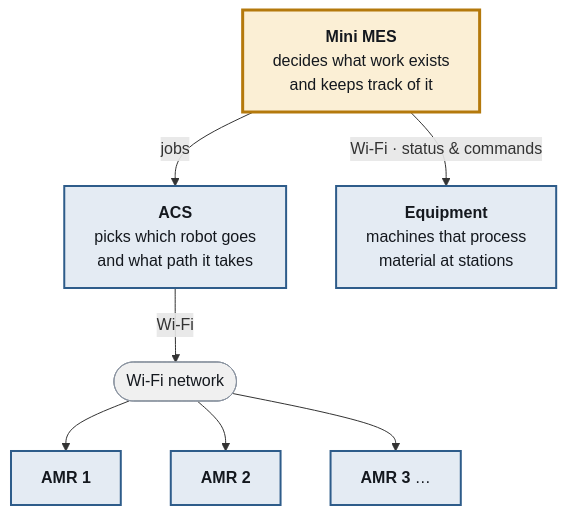
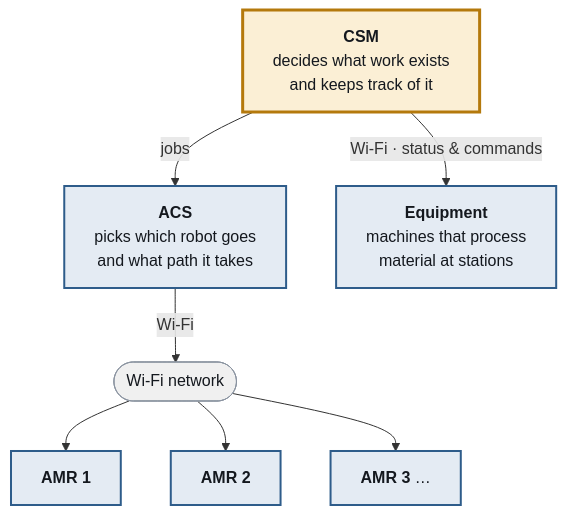
One commit to kuks2309/BIG-AMR changed the first of 5 diagrams in ARCHITECTURE.md. Above: the diagram before and after it, drawn with Mermaid. The commit also changed other lines of this file and 72 other files, not shown here.

First line of the commit message:
refactor!: rename mini_mes to csm — the layer has an official name

````diff
--- a/ARCHITECTURE.md
+++ b/ARCHITECTURE.md
@@ -59,25 +59,25 @@
 ```mermaid
 flowchart TB
-    MES["<b>Mini MES</b><br/>decides what work exists<br/>and keeps track of it"]
+    MES["<b>CSM</b><br/>decides what work exists<br/>and keeps track of it"]
     ACS["<b>ACS</b><br/>picks which robot goes<br/>and what path it takes"]
     EQ["<b>Equipment</b><br/>machines that process<br/>material at stations"]
     BUS(["Wi-Fi network"])
     A1["<b>AMR 1</b>"]
     A2["<b>AMR 2</b>"]
     A3["<b>AMR 3</b> …"]
 
     MES -->|"jobs"| ACS
     MES -->|"Wi-Fi · status &amp; commands"| EQ
     ACS -->|"Wi-Fi"| BUS
     BUS --> A1
     BUS --> A2
     BUS --> A3
 
     classDef build fill:#FBEFD5,stroke:#B4790C,stroke-width:3px,color:#14181E
     classDef exists fill:#E4EBF3,stroke:#2E5C8A,stroke-width:2px,color:#14181E
     classDef net fill:#F0F0F0,stroke:#8A93A0,stroke-width:1px,color:#14181E
 
     class MES build
     class ACS,EQ,A1,A2,A3 exists
     class BUS net
 ```
````
